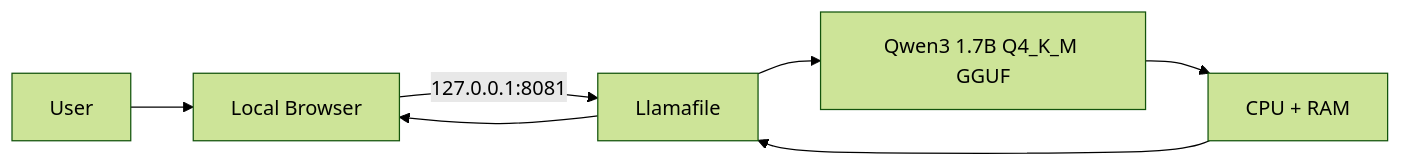
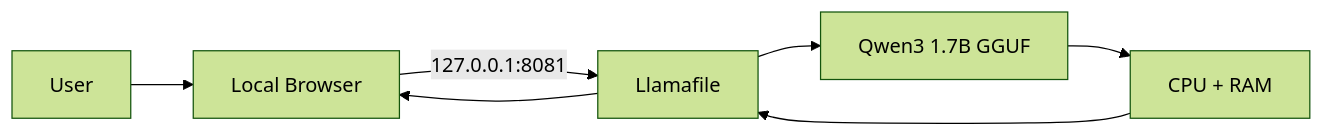
Before and after one commit to Rishikeshsanin/Rishi-AI-BOT1: the first of 2 diagrams in README.md, drawn with Mermaid (forest theme). The commit also changed other lines of this file, not shown here.

````diff
--- a/README.md
+++ b/README.md
@@ -250,9 +234,9 @@
 ```mermaid
 flowchart LR
     U[User] --> B[Local Browser]
     B -->|127.0.0.1:8081| L[Llamafile]
-    L --> Q[Qwen3 1.7B Q4_K_M GGUF]
+    L --> Q[Qwen3 1.7B GGUF]
     Q --> C[CPU + RAM]
     C --> L
     L --> B
 ```
````
